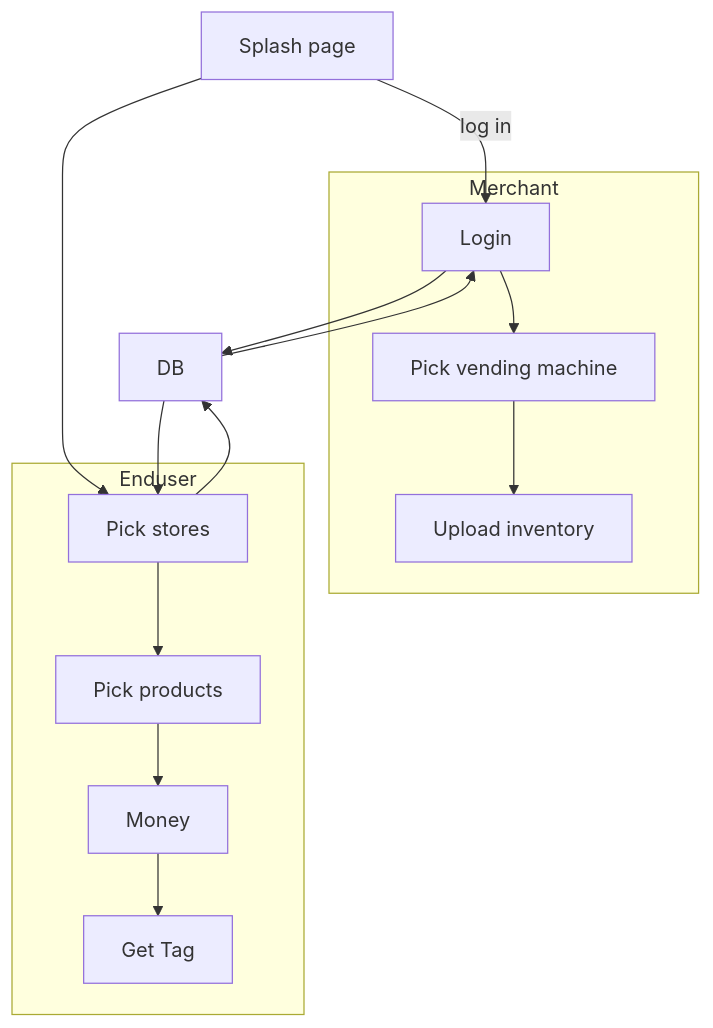
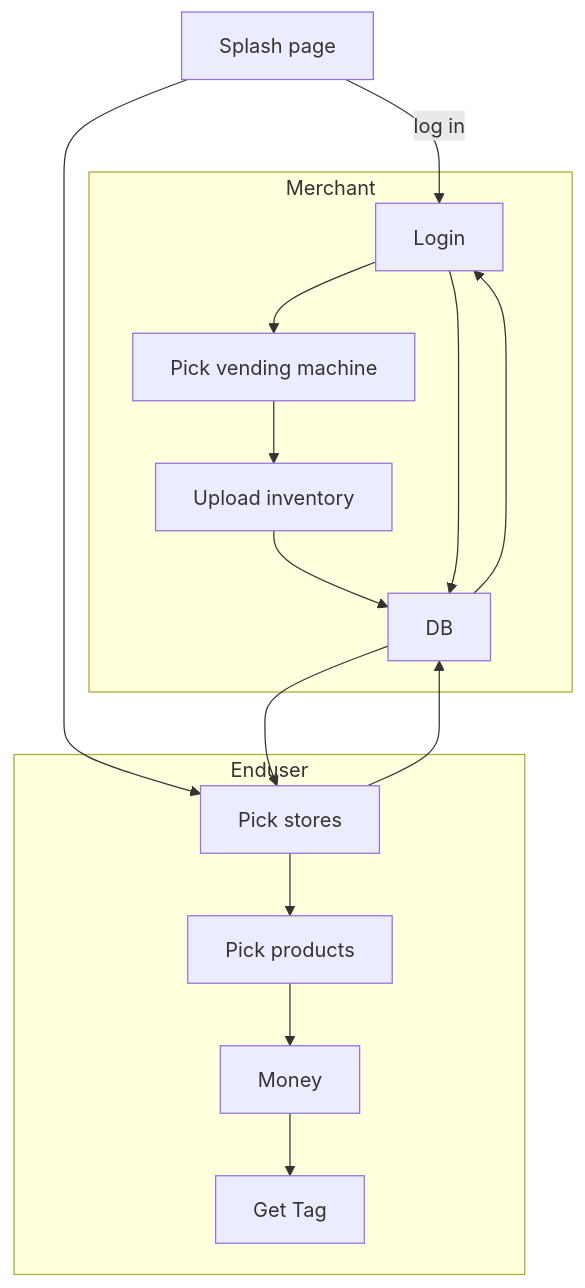
The diagram in README.md (mulefish/dispense_version3), drawn with Mermaid before and after one commit.

Commit message:
Markdown is hard

````diff
--- a/README.md
+++ b/README.md
@@ -22,32 +22,33 @@
 ```mermaid
     flowchart TB
     A[Splash page]
     B[Login]
     DB[DB]
     D[Pick stores]
     E[Pick products]
     F[Money]
     G[Get Tag]
     H[Pick vending machine]
     Inventory[Upload inventory]
 
 
     A-- log in -->B
     subgraph Merchant
         B-->H
         H-->Inventory
+        Inventory-->DB
     end
     
     A-->D
     subgraph Enduser
         D-->E
         E-->F
         F-->G
     end
     D-->DB
     DB-->D
 
     B-->DB
     DB-->B
 
 ```
````
